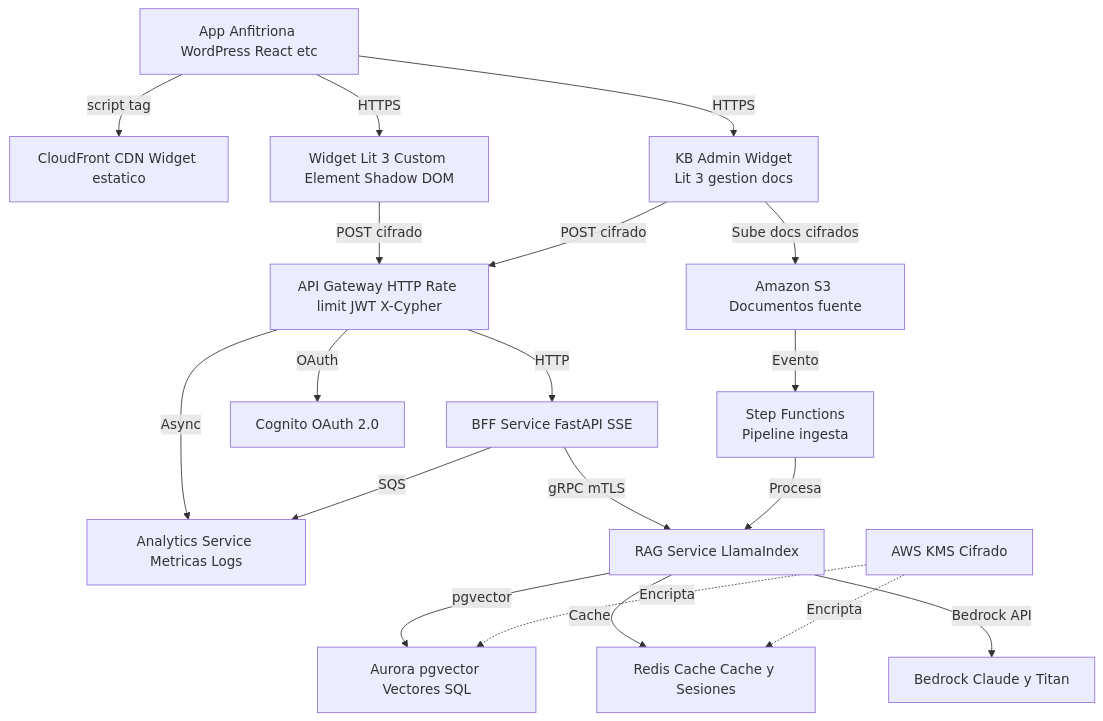
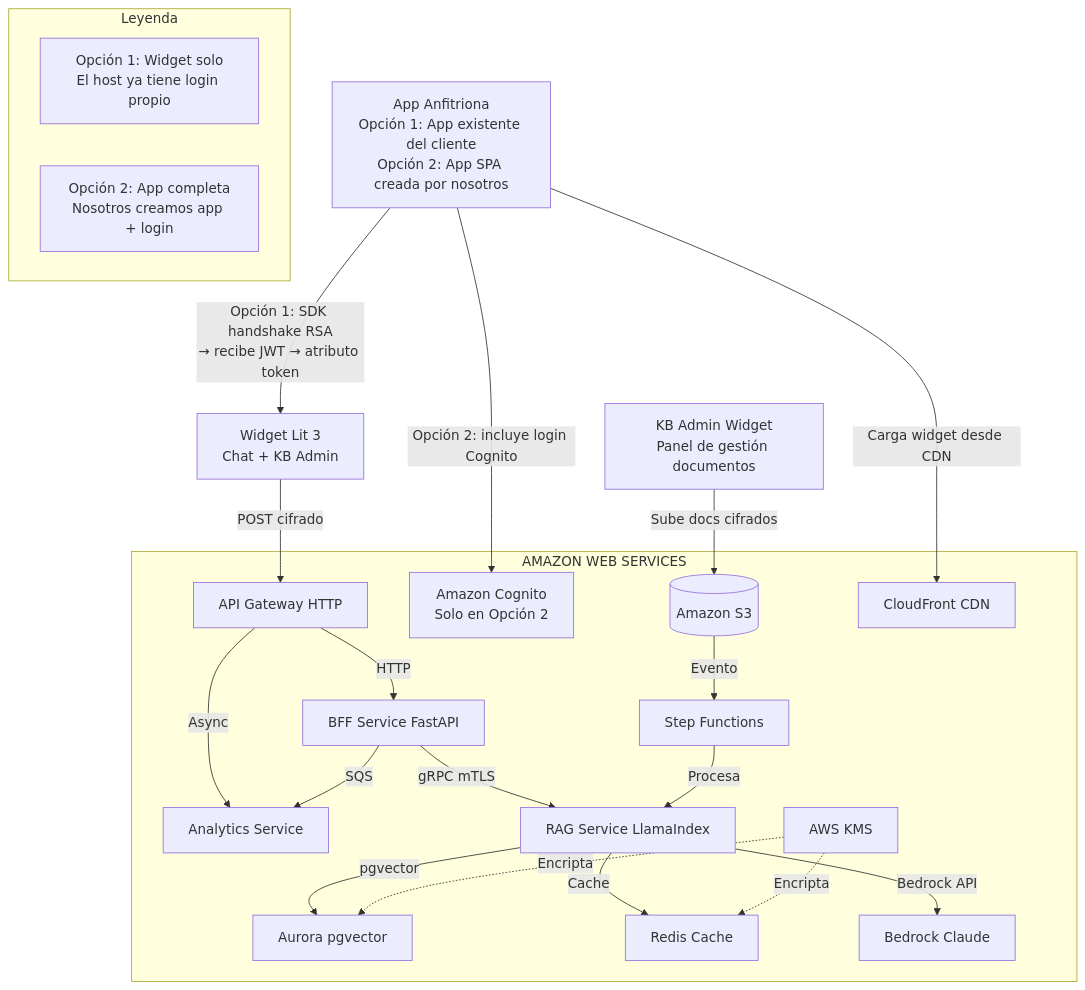
Before and after one commit to johnruedal96/capillas: the first of 9 diagrams in docs/propuesta_tecnologica.md, drawn with Mermaid. The commit also changed other lines of this file and 13 other files, not shown here.

````diff
--- a/docs/propuesta_tecnologica.md
+++ b/docs/propuesta_tecnologica.md
@@ -65,35 +77,42 @@
 ```mermaid
 graph TB
-    HostApp[App Anfitriona WordPress React etc]
-    CDN[CloudFront CDN Widget estatico]
-    WIDGET[Widget Lit 3 Custom Element Shadow DOM]
-    GW[API Gateway HTTP Rate limit JWT X-Cypher]
-    BFF[BFF Service FastAPI SSE]
-    AUTH[Cognito OAuth 2.0]
-    ANALYTICS[Analytics Service Metricas Logs]
-    RAG[RAG Service LlamaIndex]
-    AURORA[Aurora pgvector Vectores SQL]
-    REDIS[Redis Cache Cache y Sesiones]
-    BEDROCK[Bedrock Claude y Titan]
-    KMS[AWS KMS Cifrado]
-    KBADMIN[KB Admin Widget<br/>Lit 3 gestion docs]
+    subgraph LEGEND[Leyenda]
+        OPT1[Opción 1: Widget solo<br/>El host ya tiene login propio]
+        OPT2[Opción 2: App completa<br/>Nosotros creamos app + login]
+    end
 
-    HostApp -->|script tag| CDN
-    HostApp -->|HTTPS| KBADMIN
-    HostApp -->|HTTPS| WIDGET
+    subgraph AWS["AMAZON WEB SERVICES"]
+        GW[API Gateway HTTP]
+        BFF[BFF Service FastAPI]
+        AUTH[Amazon Cognito<br/>Solo en Opción 2]
+        ANALYTICS[Analytics Service]
+        RAG[RAG Service LlamaIndex]
+        AURORA[Aurora pgvector]
+        REDIS[Redis Cache]
+        BEDROCK[Bedrock Claude]
+        KMS[AWS KMS]
+        S3[(Amazon S3)]
+        STEP[Step Functions]
+        CF[CloudFront CDN]
+    end
+
+    WIDGET[Widget Lit 3<br/>Chat + KB Admin]
+    HOST[App Anfitriona<br/>Opción 1: App existente del cliente<br/>Opción 2: App SPA creada por nosotros]
+
+    HOST -->|Carga widget desde CDN| CF
+    HOST -->|Opción 1: SDK handshake RSA<br/>→ recibe JWT → atributo token| WIDGET
+    HOST -->|Opción 2: incluye login Cognito| AUTH
     WIDGET -->|POST cifrado| GW
-    KBADMIN -->|POST cifrado| GW
     GW -->|HTTP| BFF
-    GW -->|OAuth| AUTH
     GW -->|Async| ANALYTICS
     BFF -->|gRPC mTLS| RAG
     BFF -->|SQS| ANALYTICS
     RAG -->|pgvector| AURORA
     RAG -->|Cache| REDIS
     RAG -->|Bedrock API| BEDROCK
     KMS -.->|Encripta| AURORA
     KMS -.->|Encripta| REDIS
-    KBADMIN -->|Sube docs cifrados| S3[Amazon S3 Documentos fuente]
-    S3 -->|Evento| STEP[Step Functions<br/>Pipeline ingesta]
+    KBADMIN[KB Admin Widget<br/>Panel de gestión documentos] -->|Sube docs cifrados| S3
+    S3 -->|Evento| STEP
     STEP -->|Procesa| RAG
 ```
````
